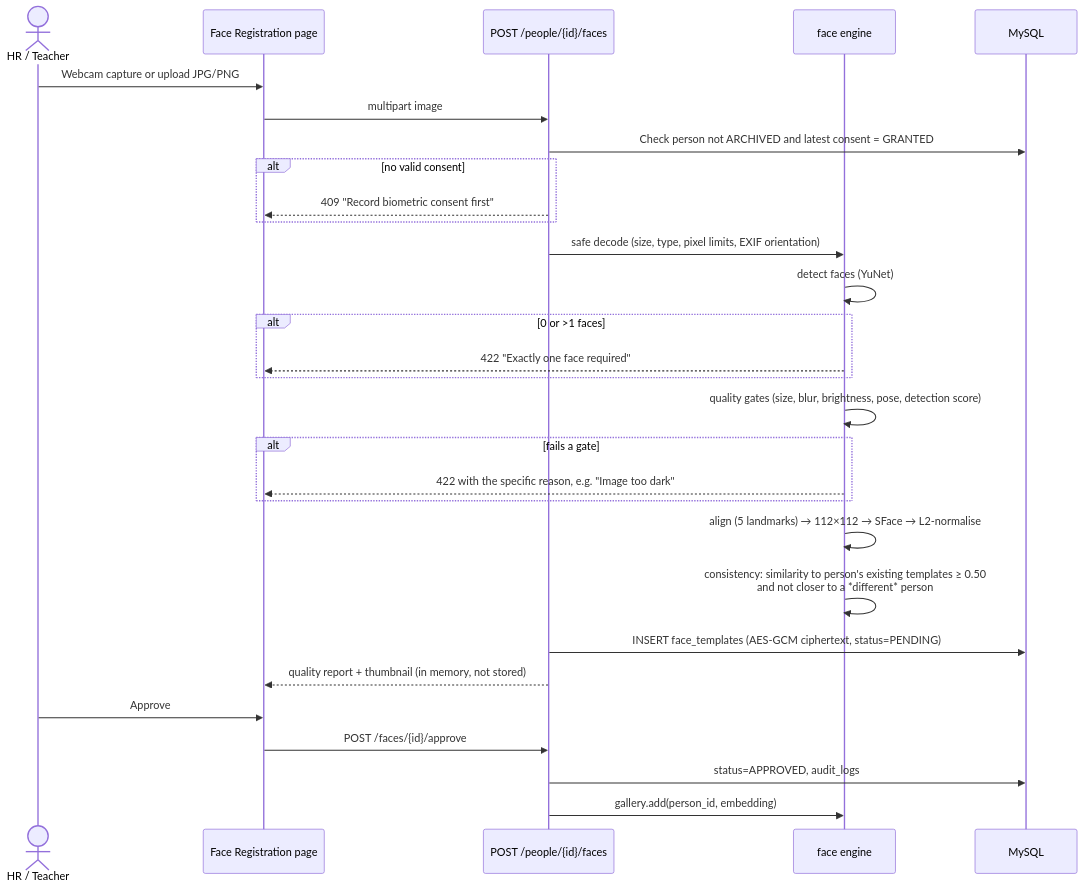
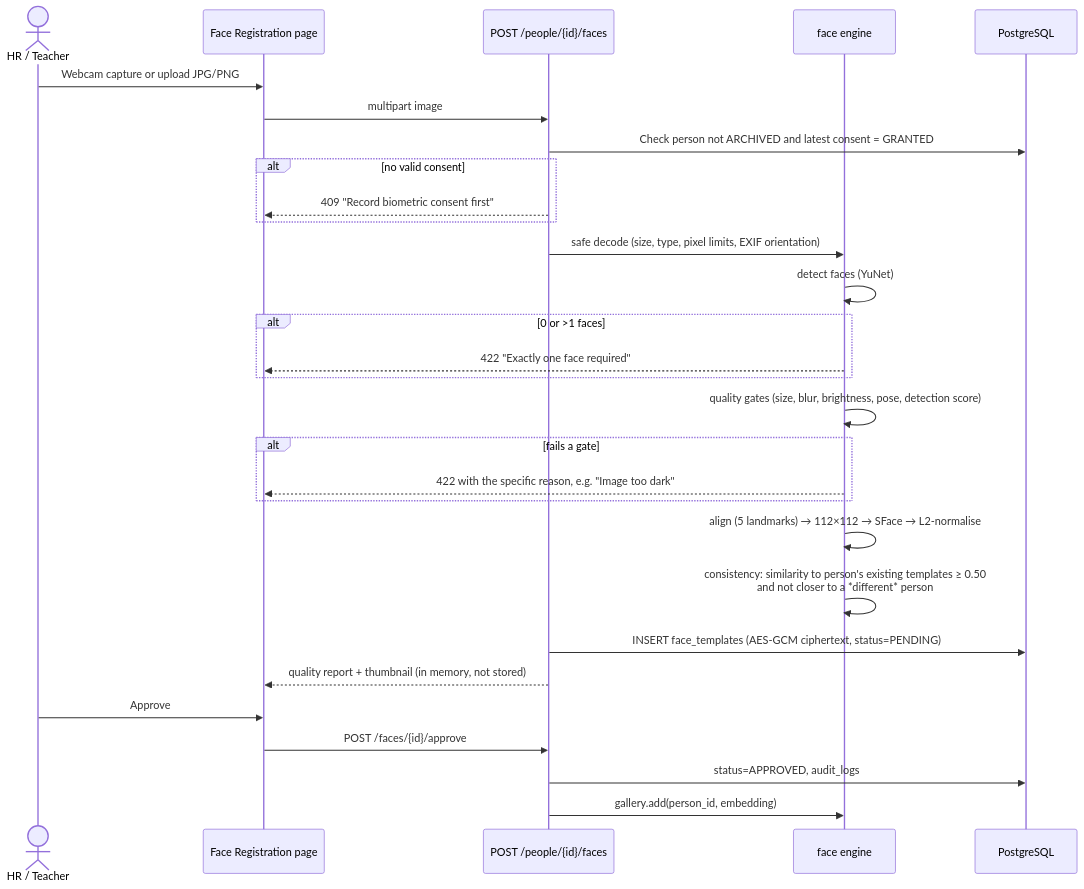
Before and after one commit to NgetMeas22/Face-recognition-management-system: the first of 2 diagrams in docs/03-recognition-workflow.md, drawn with Mermaid. The commit also changed 32 other files, not shown here.

First line of the commit message:
Switch database from MySQL to PostgreSQL (psycopg 3)

````diff
--- a/docs/03-recognition-workflow.md
+++ b/docs/03-recognition-workflow.md
@@ -22,32 +22,32 @@
 ```mermaid
 sequenceDiagram
     actor HR as HR / Teacher
     participant UI as Face Registration page
     participant API as POST /people/{id}/faces
     participant FE as face engine
-    participant DB as MySQL
+    participant DB as PostgreSQL
 
     HR->>UI: Webcam capture or upload JPG/PNG
     UI->>API: multipart image
     API->>DB: Check person not ARCHIVED and latest consent = GRANTED
     alt no valid consent
         API-->>UI: 409 "Record biometric consent first"
     end
     API->>FE: safe decode (size, type, pixel limits, EXIF orientation)
     FE->>FE: detect faces (YuNet)
     alt 0 or >1 faces
         FE-->>UI: 422 "Exactly one face required"
     end
     FE->>FE: quality gates (size, blur, brightness, pose, detection score)
     alt fails a gate
         FE-->>UI: 422 with the specific reason, e.g. "Image too dark"
     end
     FE->>FE: align (5 landmarks) → 112×112 → SFace → L2-normalise
     FE->>FE: consistency: similarity to person's existing templates ≥ 0.50<br/>and not closer to a *different* person
     API->>DB: INSERT face_templates (AES-GCM ciphertext, status=PENDING)
     API-->>UI: quality report + thumbnail (in memory, not stored)
     HR->>UI: Approve
     UI->>API: POST /faces/{id}/approve
     API->>DB: status=APPROVED, audit_logs
     API->>FE: gallery.add(person_id, embedding)
 ```
````
